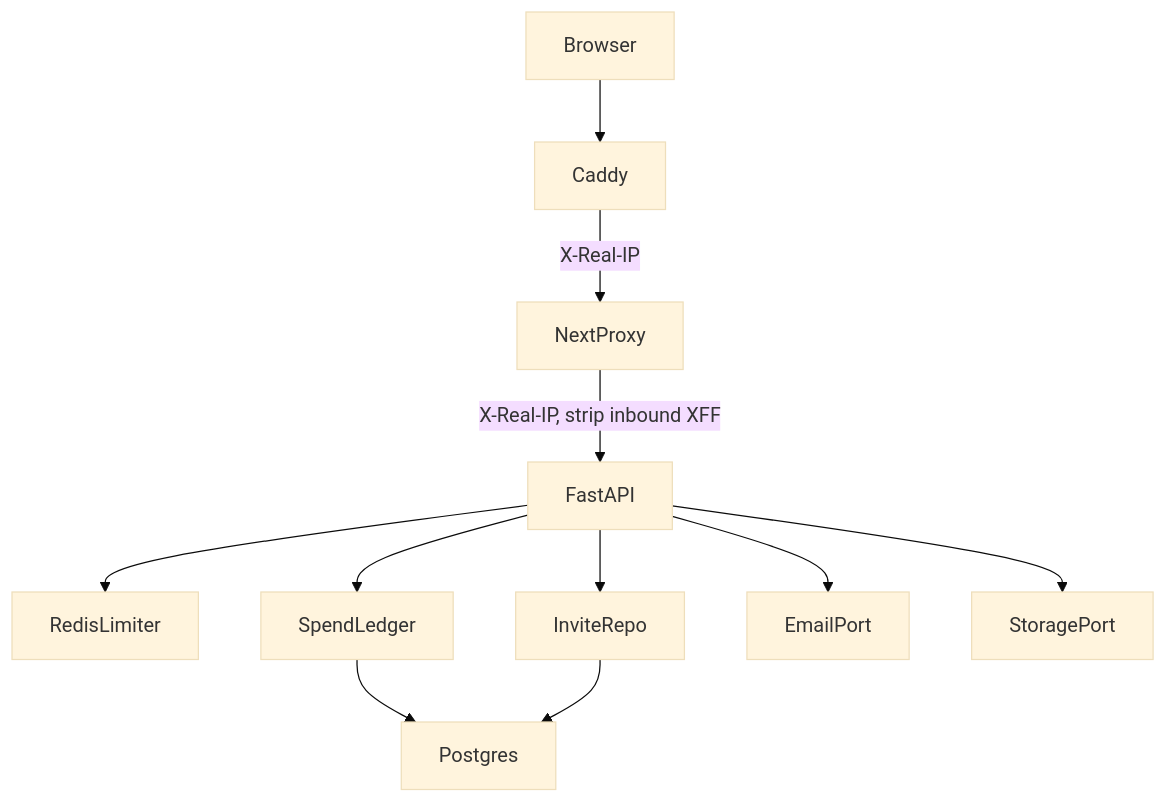
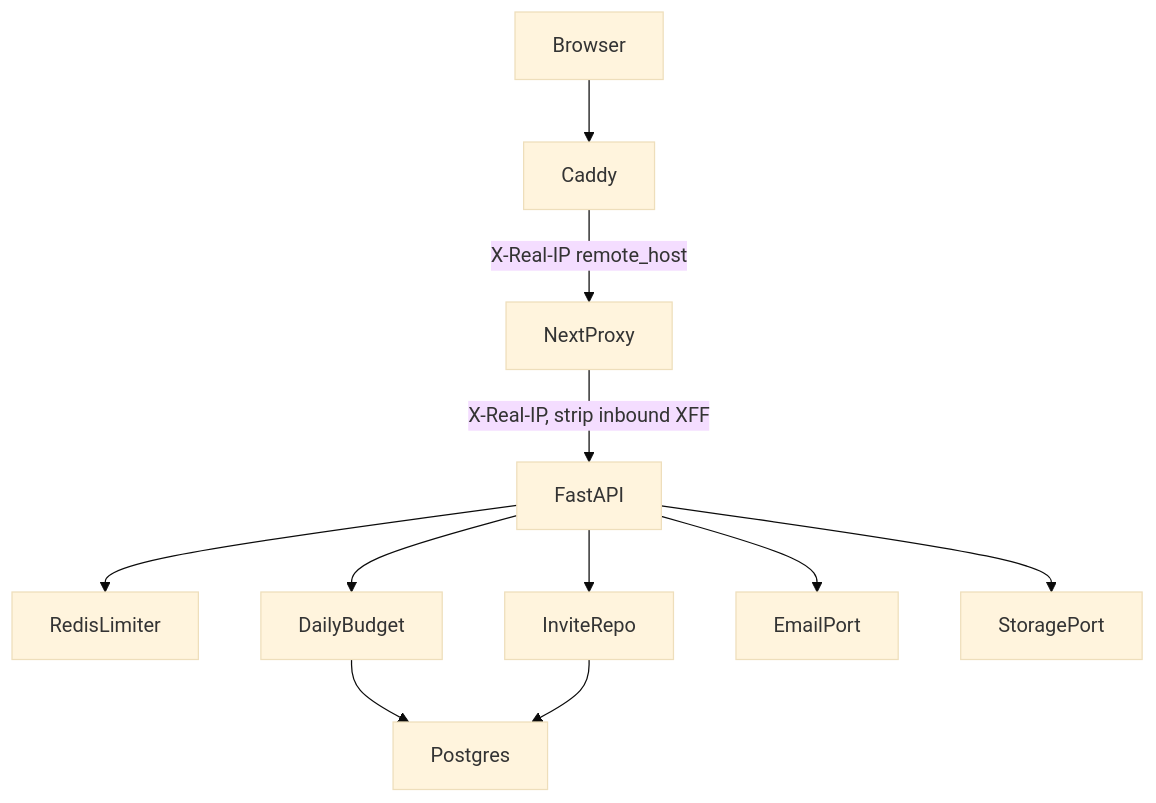
The diagram in .specs/features/safe-to-open-the-doors/design.md (augusto-dmh/learny), drawn with Mermaid (base theme) before and after one commit. The commit also changed other lines of this file and 4 other files, not shown here.

````diff
--- a/.specs/features/safe-to-open-the-doors/design.md
+++ b/.specs/features/safe-to-open-the-doors/design.md
@@ -12,13 +24,13 @@
 ```mermaid
 graph TD
   Browser --> Caddy
-  Caddy -->|X-Real-IP| NextProxy
+  Caddy -->|X-Real-IP remote_host| NextProxy
   NextProxy -->|X-Real-IP, strip inbound XFF| FastAPI
   FastAPI --> RedisLimiter
-  FastAPI --> SpendLedger
+  FastAPI --> DailyBudget
   FastAPI --> InviteRepo
   FastAPI --> EmailPort
   FastAPI --> StoragePort
-  SpendLedger --> Postgres
+  DailyBudget --> Postgres
   InviteRepo --> Postgres
 ```
````
